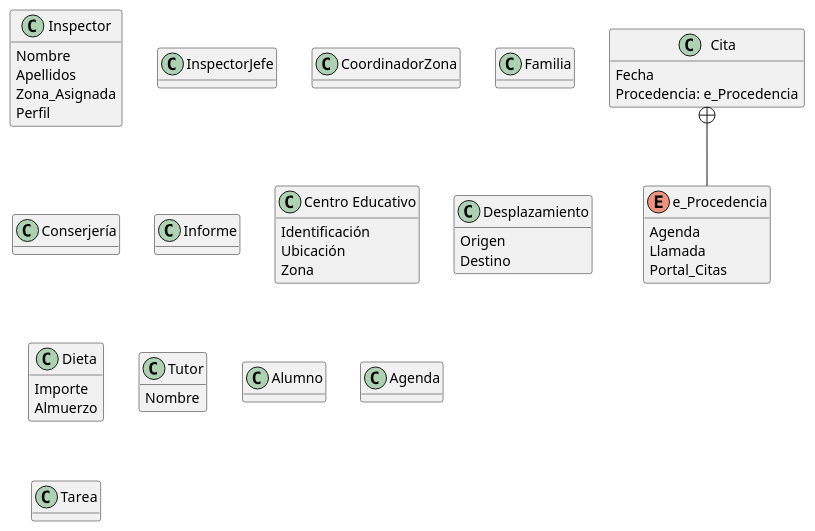
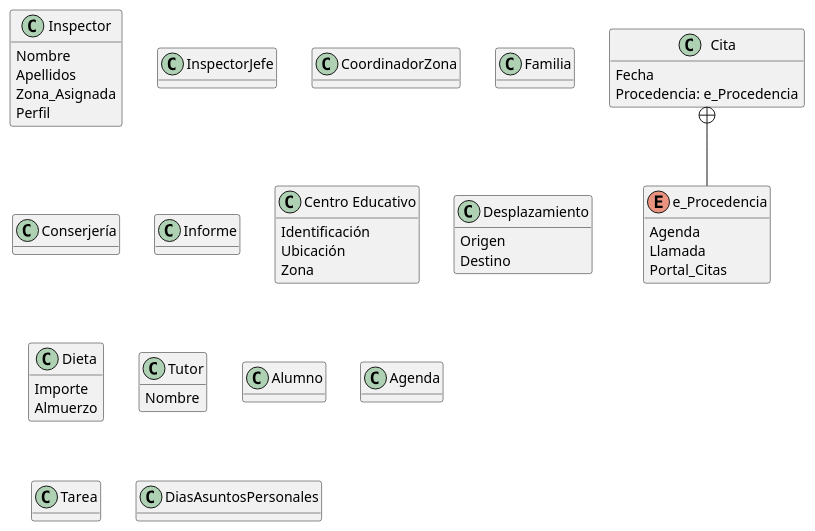
Before and after one commit to lorenzomaranon/ProyectoBD_Inspeccion_Educativa: the diagram in docs/modelado_conceptual.puml, drawn with PlantUML.

Commit message:
Clase DiasAsuntosPersonales añadida

```diff
--- a/docs/modelado_conceptual.puml
+++ b/docs/modelado_conceptual.puml
@@ -1,78 +1,81 @@
 @startuml
 hide methods
 skinparam ClassAttributeIconSize 0
 
 class Inspector{
     Nombre
     Apellidos
     Zona_Asignada
     Perfil
 }
 
 class InspectorJefe {
 
 }
 
 class CoordinadorZona {
     
 }
 
 class Familia{
 
 }
 
 class Conserjería {
 
 
 }
 
 class Informe {
     
 }
 
 class "Centro Educativo" as CentroEducativo{
     Identificación
     Ubicación
     Zona
 }
 
 class Desplazamiento{
     Origen
     Destino
 }
 
 class Dieta{
     Importe
     Almuerzo
 }
 
 class Cita{
     Fecha
     Procedencia: e_Procedencia
 }
 
 enum e_Procedencia {
     Agenda
     Llamada
     Portal_Citas
 }
 
 Cita +-- e_Procedencia
 
 class Tutor{
     Nombre
 }
 
 class Alumno{
 
 }
 
 class Agenda{
     
 }
 
 class Tarea {
 
 }
 
+class DiasAsuntosPersonales {
+
+}
 @enduml
```
